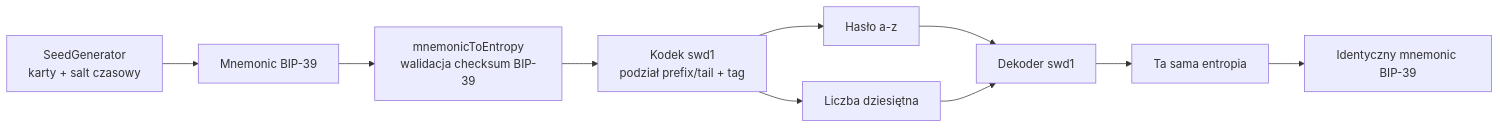
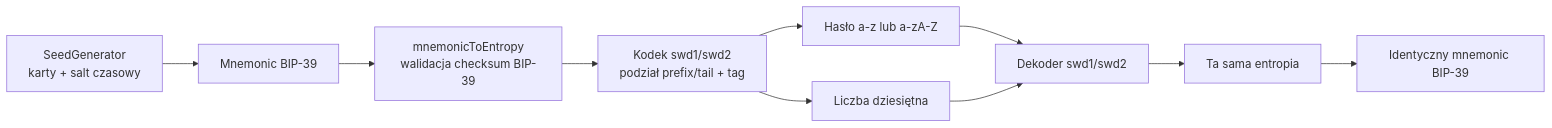
Before and after one commit to hattimon/Seed-Generator-Wallet-Decoder: the diagram in docs/ARCHITECTURE.md, drawn with Mermaid. The commit also changed other lines of this file and 8 other files, not shown here.

````diff
--- a/docs/ARCHITECTURE.md
+++ b/docs/ARCHITECTURE.md
@@ -9,12 +9,12 @@
 ```mermaid
 flowchart LR
     SG["SeedGenerator<br/>karty + salt czasowy"] --> M["Mnemonic BIP-39"]
     M --> E["mnemonicToEntropy<br/>walidacja checksum BIP-39"]
-    E --> C["Kodek swd1<br/>podział prefix/tail + tag"]
-    C --> P["Hasło a-z"]
+    E --> C["Kodek swd1/swd2<br/>podział prefix/tail + tag"]
+    C --> P["Hasło a-z lub a-zA-Z"]
     C --> N["Liczba dziesiętna"]
-    P --> D["Dekoder swd1"]
+    P --> D["Dekoder swd1/swd2"]
     N --> D
     D --> R["Ta sama entropia"]
     R --> M2["Identyczny mnemonic BIP-39"]
 ```
````
